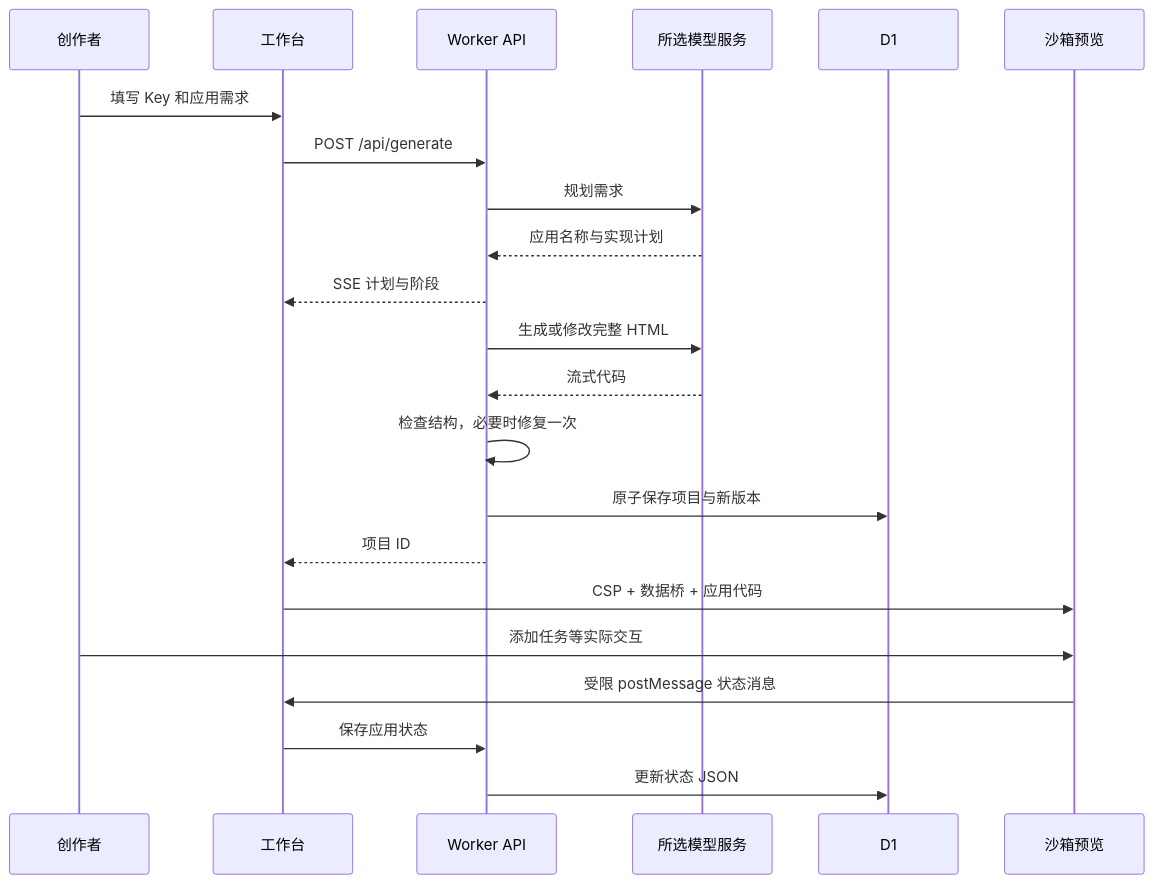
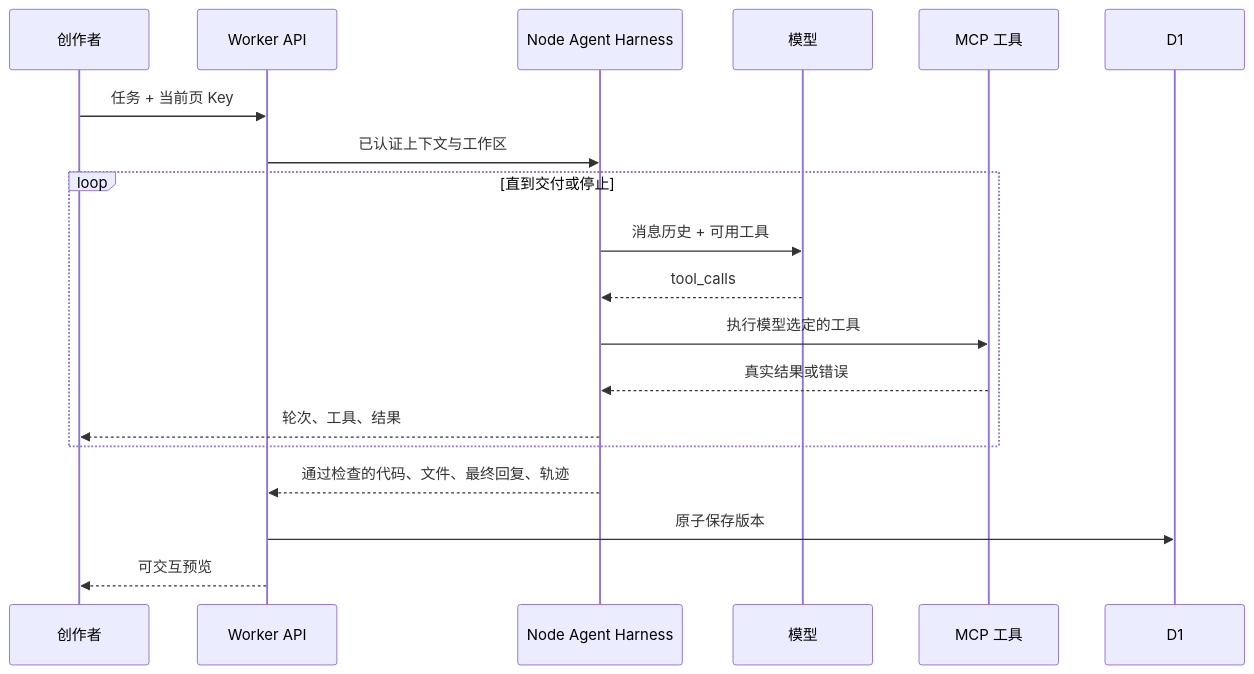
One commit to icyymilk/atmos-demoa changed the diagram in README.md. Above: the diagram before and after it, drawn with Mermaid. The commit also changed other lines of this file and 41 other files, not shown here.

Commit message:
Replace fixed generation pipeline with tool-driven agent harness and MCP extensions

````diff
--- a/README.md
+++ b/README.md
@@ -82,24 +89,21 @@
 ```mermaid
 sequenceDiagram
     participant U as 创作者
-    participant W as 工作台
-    participant A as Worker API
-    participant M as 所选模型服务
+    participant W as Worker API
+    participant A as Node Agent Harness
+    participant M as 模型
+    participant T as MCP 工具
     participant D as D1
-    participant P as 沙箱预览
-    U->>W: 填写 Key 和应用需求
-    W->>A: POST /api/generate
-    A->>M: 规划需求
-    M-->>A: 应用名称与实现计划
-    A-->>W: SSE 计划与阶段
-    A->>M: 生成或修改完整 HTML
-    M-->>A: 流式代码
-    A->>A: 检查结构，必要时修复一次
-    A->>D: 原子保存项目与新版本
-    A-->>W: 项目 ID
-    W->>P: CSP + 数据桥 + 应用代码
-    U->>P: 添加任务等实际交互
-    P->>W: 受限 postMessage 状态消息
-    W->>A: 保存应用状态
-    A->>D: 更新状态 JSON
+    U->>W: 任务 + 当前页 Key
+    W->>A: 已认证上下文与工作区
+    loop 直到交付或停止
+        A->>M: 消息历史 + 可用工具
+        M-->>A: tool_calls
+        A->>T: 执行模型选定的工具
+        T-->>A: 真实结果或错误
+        A-->>U: 轮次、工具、结果
+    end
+    A-->>W: 通过检查的代码、文件、最终回复、轨迹
+    W->>D: 原子保存版本
+    W-->>U: 可交互预览
 ```
````
